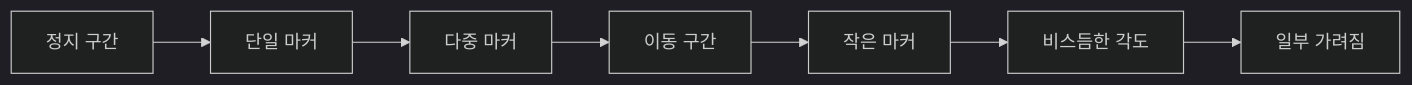
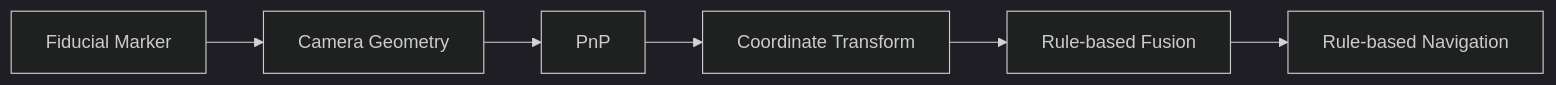
Before and after one commit to JIWOO1127/machine-vision1: diagram 13 of 13 in ArUco/README.md, drawn with Mermaid (dark theme). The commit also changed other lines of this file and 10 other files, not shown here.

````diff
--- a/ArUco/README.md
+++ b/ArUco/README.md
@@ -1047,9 +718,8 @@
 ```mermaid
 flowchart LR
-    A[정지 구간] --> B[단일 마커]
-    B --> C[다중 마커]
-    C --> D[이동 구간]
-    D --> E[작은 마커]
-    E --> F[비스듬한 각도]
-    F --> G[일부 가려짐]
+    A["Fiducial Marker"] --> B["Camera Geometry"]
+    B --> C["PnP"]
+    C --> D["Coordinate Transform"]
+    D --> E["Rule-based Fusion"]
+    E --> F["Rule-based Navigation"]
 ```
````
